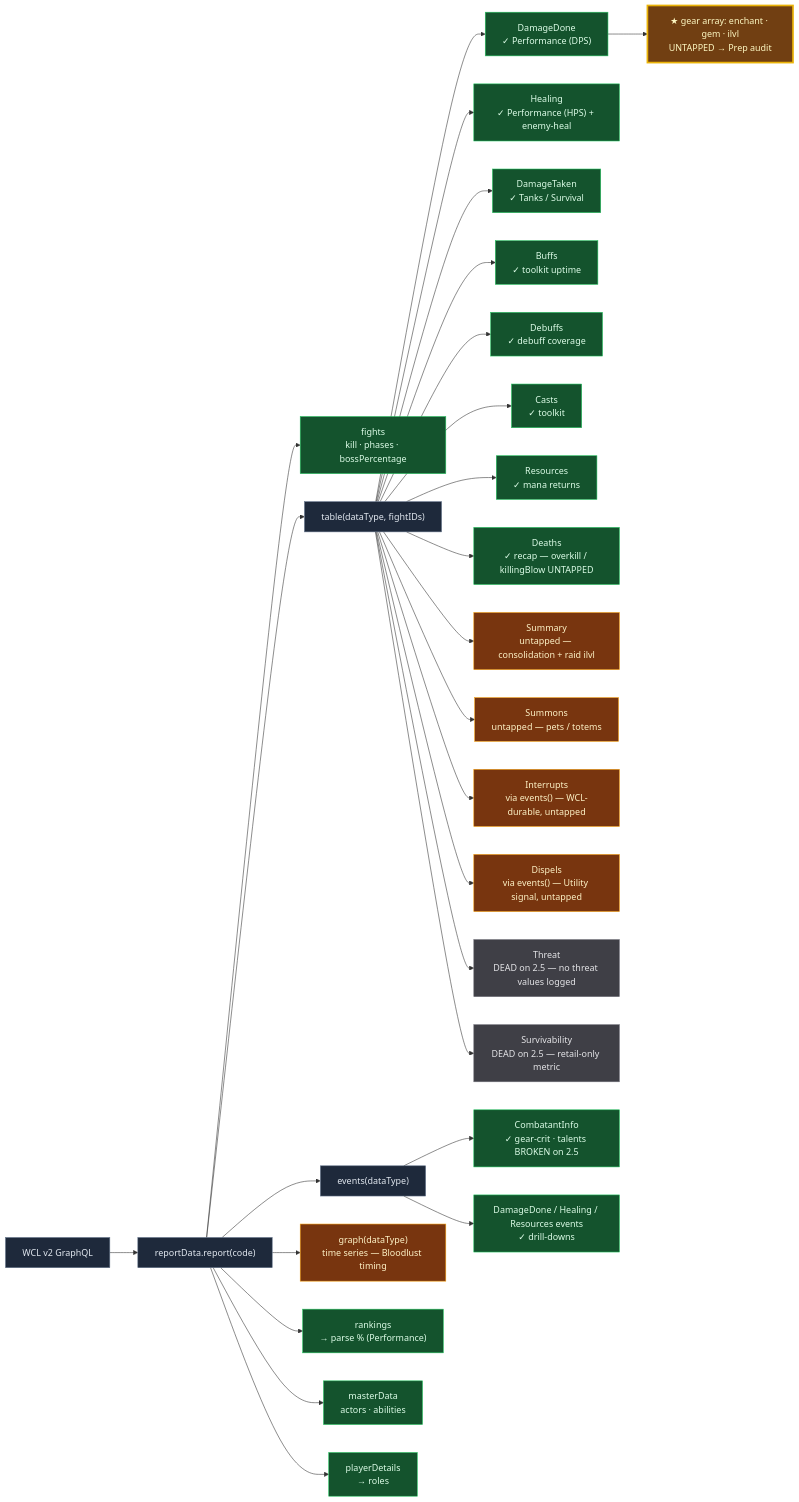
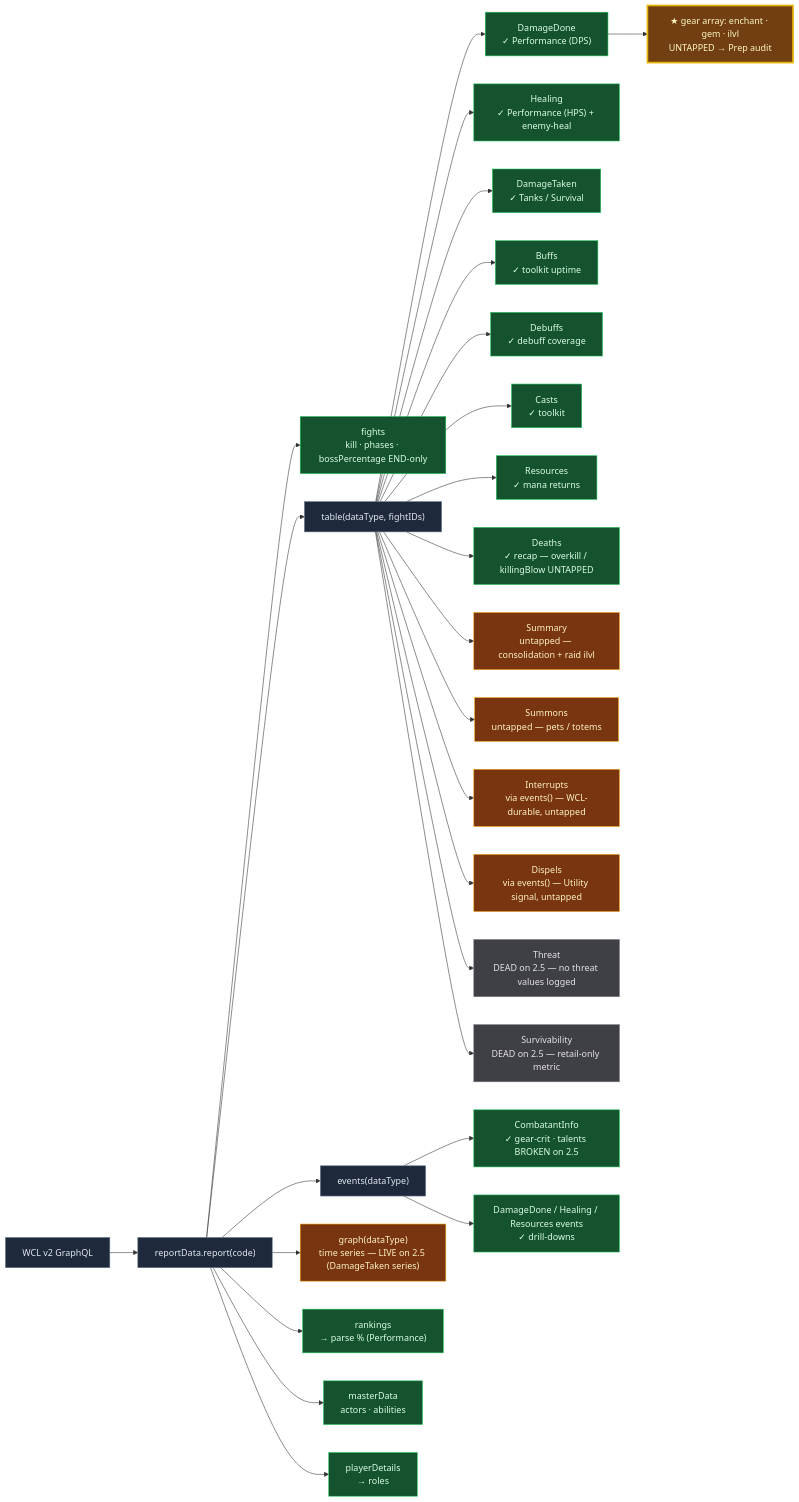
The diagram in docs/WCL_API_SURFACE.md (jketch/tbc-raid-kpi), drawn with Mermaid before and after one commit. The commit also changed other lines of this file, not shown here.

First line of the commit message:
docs(wcl): record the tank-CD/ramp/Bloodlust session's live-verified findings

````diff
--- a/docs/WCL_API_SURFACE.md
+++ b/docs/WCL_API_SURFACE.md
@@ -17,42 +17,42 @@
 ```mermaid
 graph LR
   API["WCL v2 GraphQL"] --> R["reportData.report(code)"]
-  R --> F["fights<br/>kill · phases · bossPercentage"]
+  R --> F["fights<br/>kill · phases · bossPercentage END-only"]
   R --> T["table(dataType, fightIDs)"]
   R --> E["events(dataType)"]
-  R --> G["graph(dataType)<br/>time series — Bloodlust timing"]
+  R --> G["graph(dataType)<br/>time series — LIVE on 2.5 (DamageTaken series)"]
   R --> RK["rankings<br/>→ parse % (Performance)"]
   R --> MD["masterData<br/>actors · abilities"]
   R --> PD["playerDetails<br/>→ roles"]
 
   T --> DD["DamageDone<br/>✓ Performance (DPS)"]
   DD --> GEAR["★ gear array: enchant · gem · ilvl<br/>UNTAPPED → Prep audit"]
   T --> HE["Healing<br/>✓ Performance (HPS) + enemy-heal"]
   T --> DT["DamageTaken<br/>✓ Tanks / Survival"]
   T --> BU["Buffs<br/>✓ toolkit uptime"]
   T --> DE["Debuffs<br/>✓ debuff coverage"]
   T --> CA["Casts<br/>✓ toolkit"]
   T --> RE["Resources<br/>✓ mana returns"]
   T --> DTH["Deaths<br/>✓ recap — overkill / killingBlow UNTAPPED"]
   T --> SU["Summary<br/>untapped — consolidation + raid ilvl"]
   T --> SM["Summons<br/>untapped — pets / totems"]
   T --> IN["Interrupts<br/>via events() — WCL-durable, untapped"]
   T --> DI["Dispels<br/>via events() — Utility signal, untapped"]
   T --> TH["Threat<br/>DEAD on 2.5 — no threat values logged"]
   T --> SV["Survivability<br/>DEAD on 2.5 — retail-only metric"]
 
   E --> CI["CombatantInfo<br/>✓ gear-crit · talents BROKEN on 2.5"]
   E --> EV["DamageDone / Healing / Resources events<br/>✓ drill-downs"]
 
   classDef used fill:#14532d,stroke:#22c55e,color:#dcfce7;
   classDef untapped fill:#78350f,stroke:#f59e0b,color:#fef3c7;
   classDef dead fill:#3f3f46,stroke:#71717a,color:#e4e4e7;
   classDef star fill:#713f12,stroke:#eab308,color:#fef9c3,stroke-width:3px;
   classDef root fill:#1e293b,stroke:#64748b,color:#e2e8f0;
 
   class API,R,T,E root;
   class F,DD,HE,DT,BU,DE,CA,RE,DTH,RK,MD,PD,CI,EV used;
   class SU,SM,G,IN,DI untapped;
   class TH,SV dead;
   class GEAR star;
 ```
````
